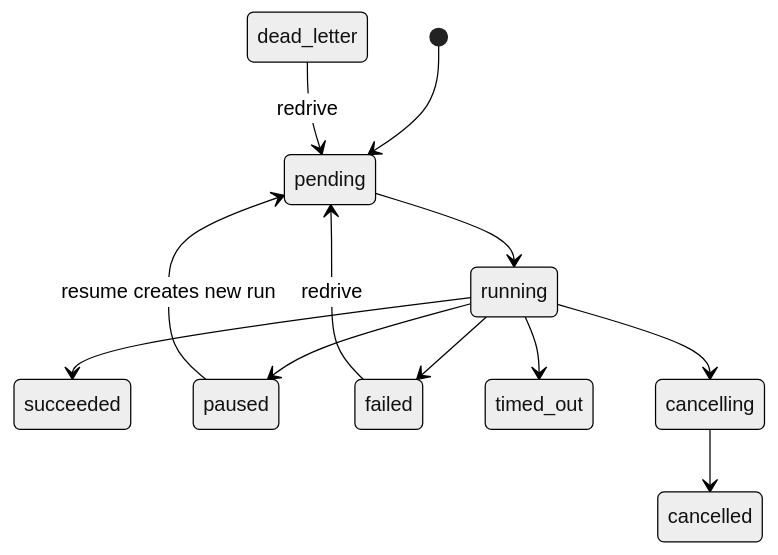
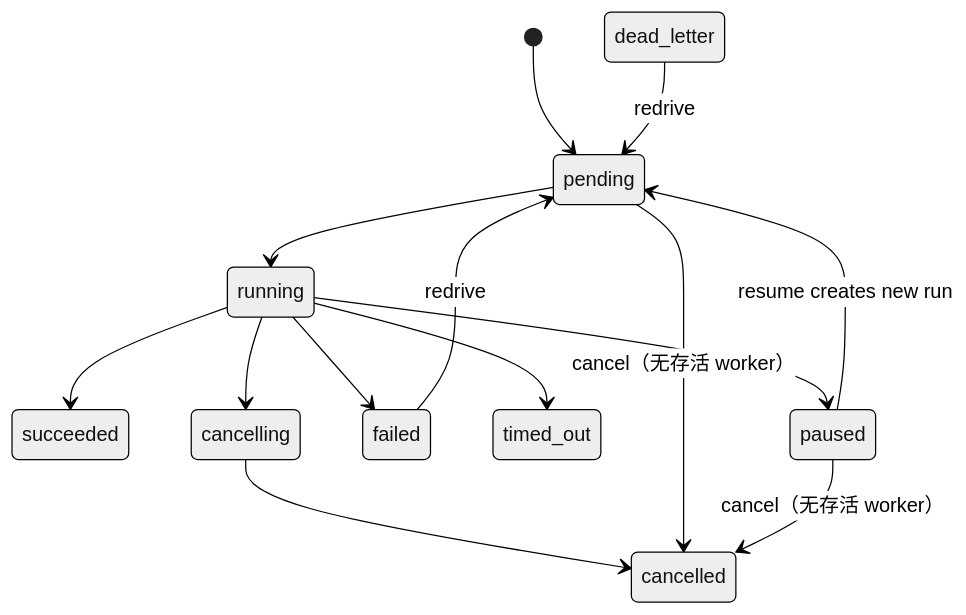
Before and after one commit to LingXi-Org/LingxiGraph: the diagram in Wiki/content/docs/zh/api/overview.mdx, drawn with Mermaid (neutral theme). The commit also changed 49 other files, not shown here.

````diff
--- a/Wiki/content/docs/zh/api/overview.mdx
+++ b/Wiki/content/docs/zh/api/overview.mdx
@@ -52,14 +52,16 @@
 ```mermaid
 stateDiagram-v2
   [*] --> pending
   pending --> running
   running --> succeeded
   running --> paused
   running --> failed
   running --> timed_out
   running --> cancelling
   cancelling --> cancelled
+  pending --> cancelled: cancel（无存活 worker）
+  paused --> cancelled: cancel（无存活 worker）
   failed --> pending: redrive
   dead_letter --> pending: redrive
   paused --> pending: resume creates new run
 ```
````
